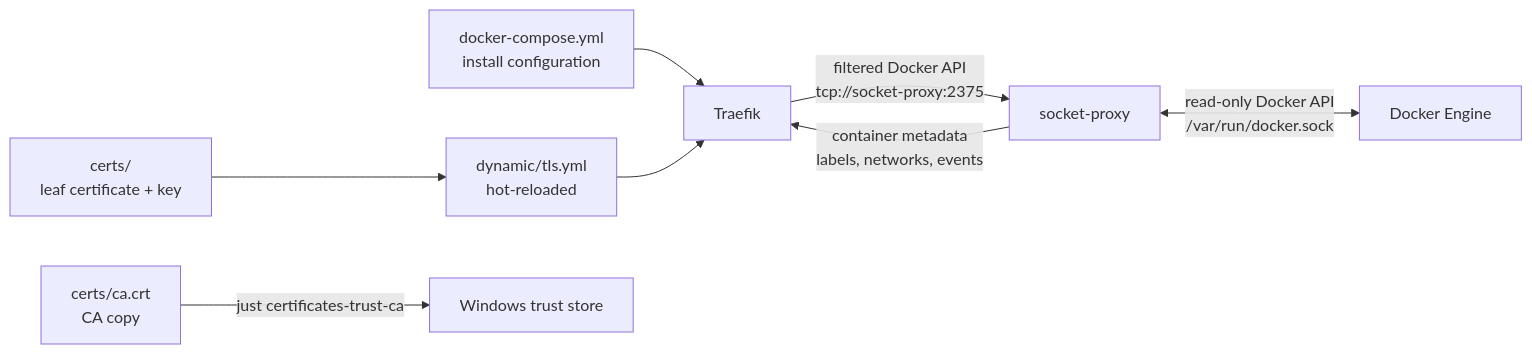
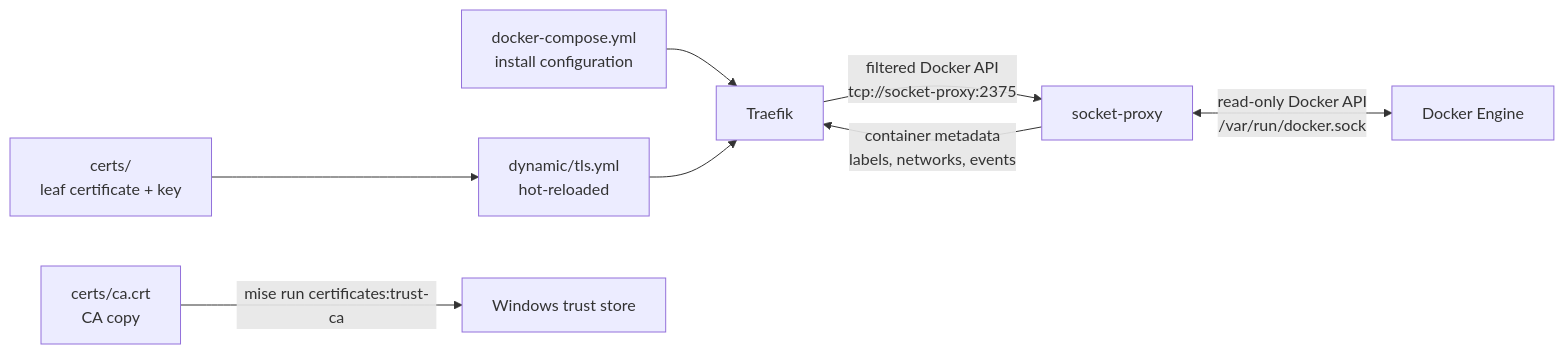
One commit to alopez505/traefik-local-proxy changed the second of 2 diagrams in docs/architecture.md. Above: the diagram before and after it, drawn with Mermaid. The commit also changed other lines of this file and 13 other files, not shown here.

First line of the commit message:
chore: remove just wrapper, mise run is the task interface

````diff
--- a/docs/architecture.md
+++ b/docs/architecture.md
@@ -28,10 +28,10 @@
 ```mermaid
 flowchart LR
   Static["docker-compose.yml<br/>install configuration"] --> T["Traefik"]
   Dyn["dynamic/tls.yml<br/>hot-reloaded"] --> T
   Certs["certs/<br/>leaf certificate + key"] --> Dyn
-  CACopy["certs/ca.crt<br/>CA copy"] -->|"just certificates-trust-ca"| Trust["Windows trust store"]
+  CACopy["certs/ca.crt<br/>CA copy"] -->|"mise run certificates:trust-ca"| Trust["Windows trust store"]
   T -->|"filtered Docker API<br/>tcp://socket-proxy:2375"| S["socket-proxy"]
   S <-->|"read-only Docker API<br/>/var/run/docker.sock"| D["Docker Engine"]
   S -->|"container metadata<br/>labels, networks, events"| T
 ```
````
